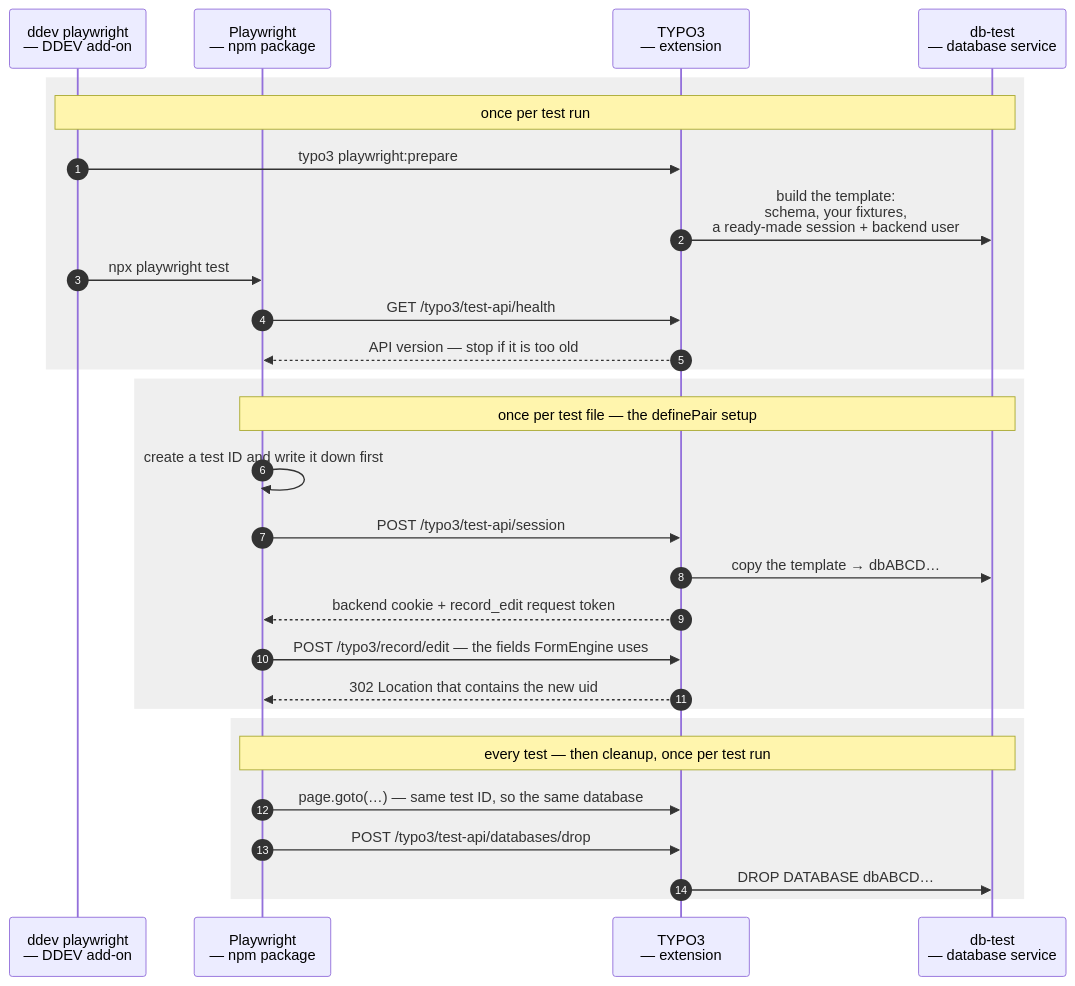
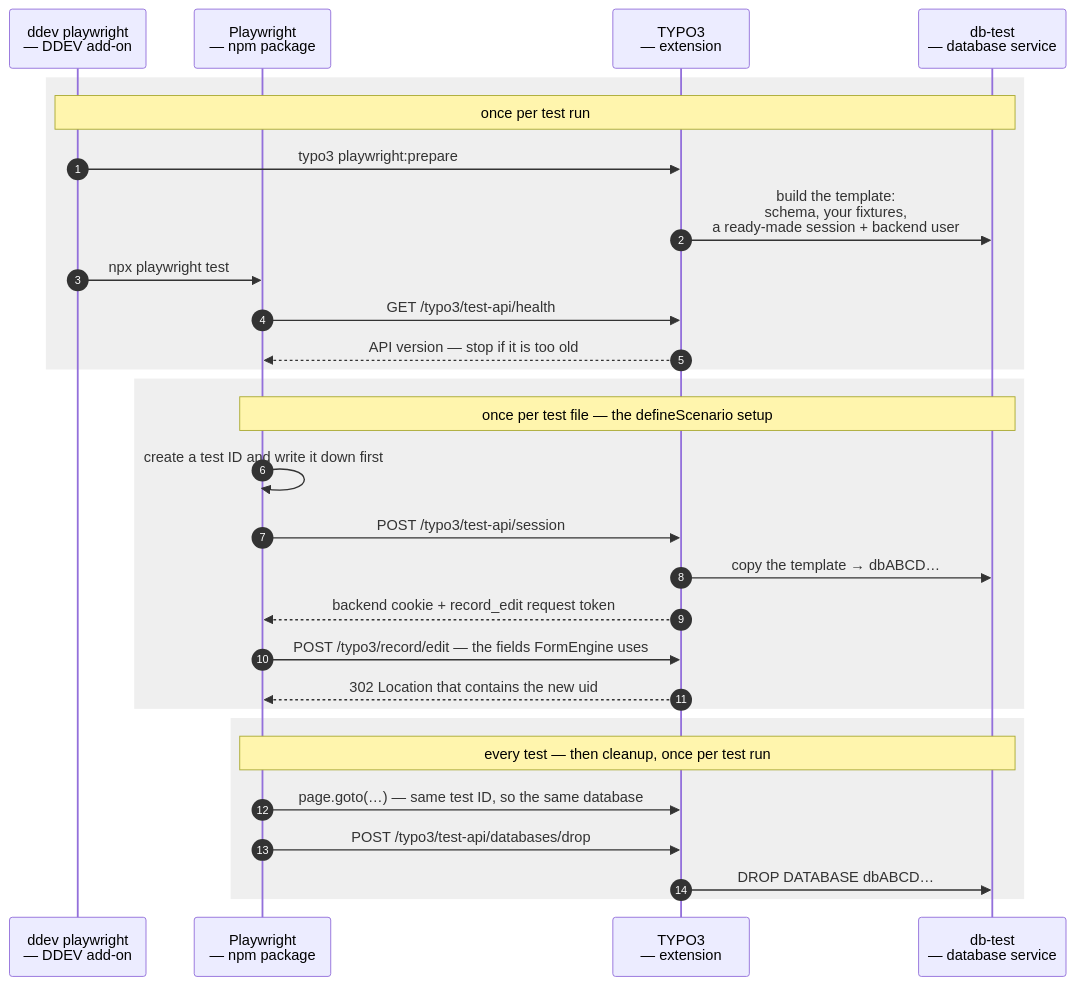
One commit to plan2net/typo3-playwright-toolkit changed the second of 2 diagrams in README.md. Above: the diagram before and after it, drawn with Mermaid. The commit also changed other lines of this file and 30 other files, not shown here.

Commit message:
Rename definePair to defineScenario, and the pair vocabulary with it

````diff
--- a/README.md
+++ b/README.md
@@ -57,34 +57,34 @@
 ```mermaid
 sequenceDiagram
     autonumber
     participant CLI as ddev playwright<br>— DDEV add-on
     participant PW as Playwright<br>— npm package
     participant EXT as TYPO3<br>— extension
     participant DB as db-test<br>— database service
 
     rect rgba(127,127,127,0.12)
         note over CLI,DB: once per test run
         CLI->>EXT: typo3 playwright:prepare
         EXT->>DB: build the template:<br>schema, your fixtures,<br>a ready-made session + backend user
         CLI->>PW: npx playwright test
         PW->>EXT: GET /typo3/test-api/health
         EXT-->>PW: API version — stop if it is too old
     end
 
     rect rgba(127,127,127,0.12)
-        note over PW,DB: once per test file — the definePair setup
+        note over PW,DB: once per test file — the defineScenario setup
         PW->>PW: create a test ID and write it down first
         PW->>EXT: POST /typo3/test-api/session
         EXT->>DB: copy the template → dbABCD…
         EXT-->>PW: backend cookie + record_edit request token
         PW->>EXT: POST /typo3/record/edit — the fields FormEngine uses
         EXT-->>PW: 302 Location that contains the new uid
     end
 
     rect rgba(127,127,127,0.12)
         note over PW,DB: every test — then cleanup, once per test run
         PW->>EXT: page.goto(…) — same test ID, so the same database
         PW->>EXT: POST /typo3/test-api/databases/drop
         EXT->>DB: DROP DATABASE dbABCD…
     end
 ```
````
